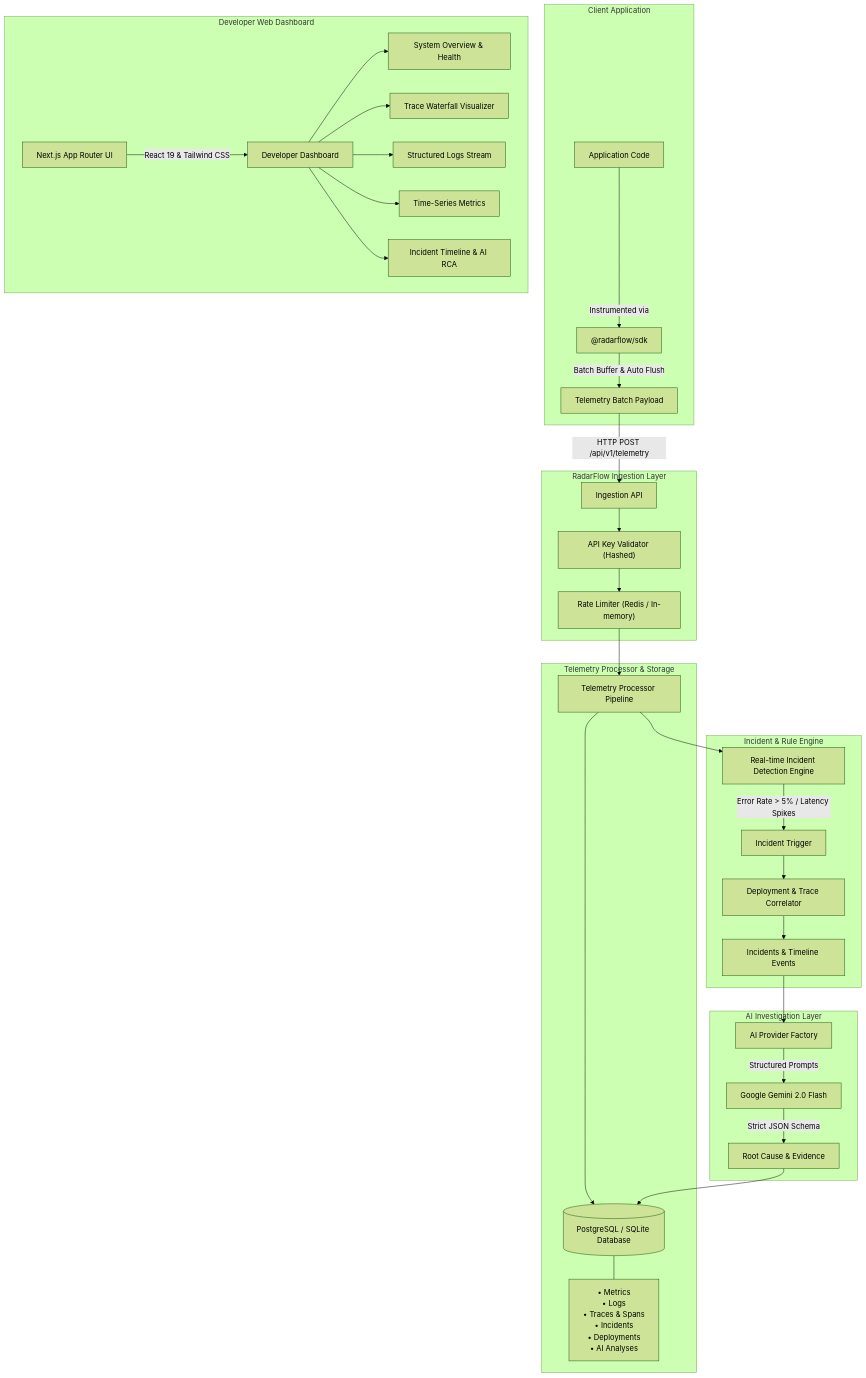
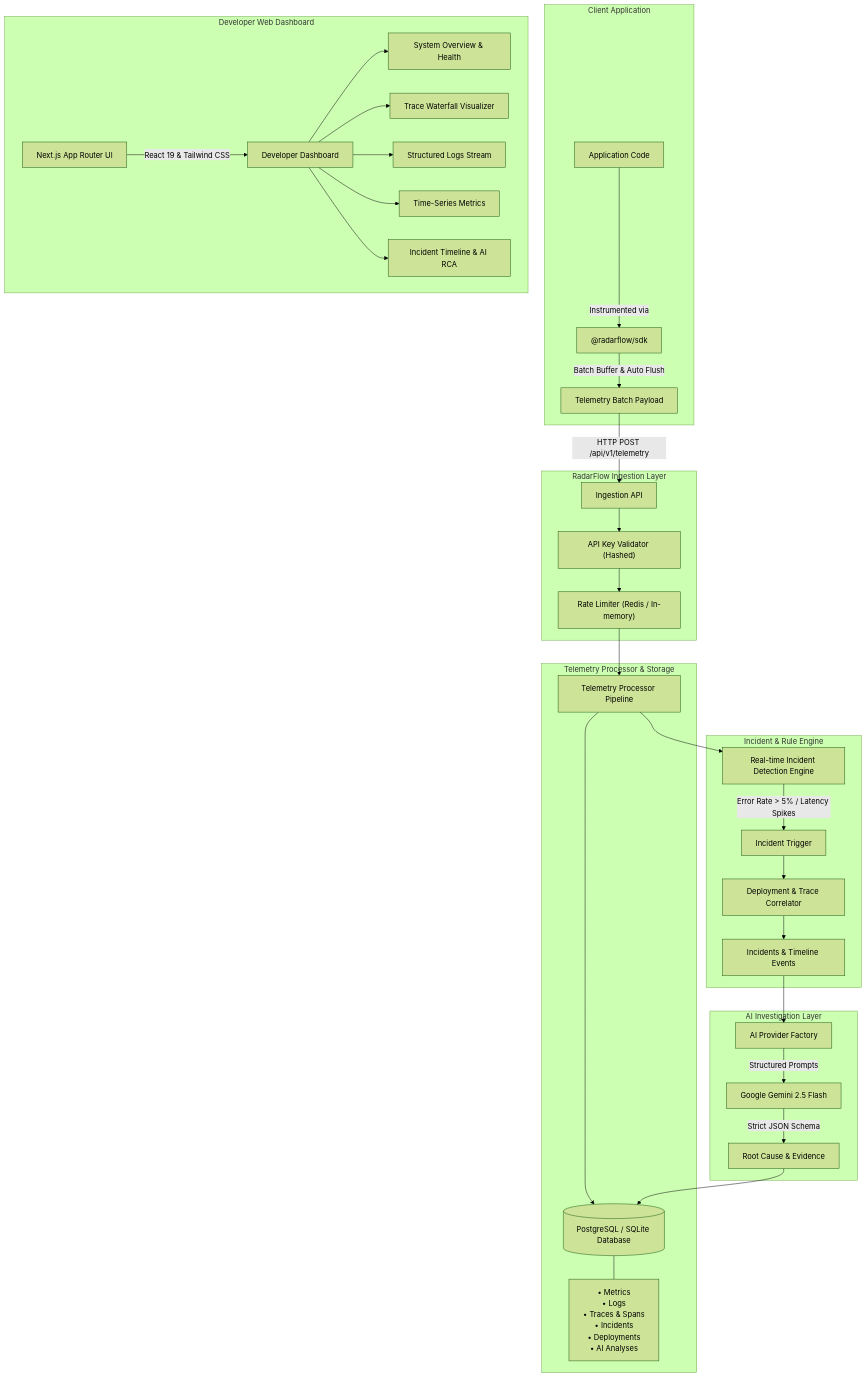
The diagram in docs/architecture.md (Mohammad-Shoeb-Faizan/RadarFlow), drawn with Mermaid (forest theme) before and after one commit. The commit also changed 4 other files, not shown here.

````diff
--- a/docs/architecture.md
+++ b/docs/architecture.md
@@ -5,42 +5,42 @@
 ```mermaid
 flowchart TD
     subgraph Client Application
         AppCode[Application Code] -->|Instrumented via| SDK["@radarflow/sdk"]
         SDK -->|Batch Buffer & Auto Flush| OTLP[Telemetry Batch Payload]
     end
 
     subgraph RadarFlow Ingestion Layer
         OTLP -->|HTTP POST /api/v1/telemetry| IngestAPI["Ingestion API"]
         IngestAPI --> AuthValidator["API Key Validator (Hashed)"]
         AuthValidator --> RateLimiter["Rate Limiter (Redis / In-memory)"]
     end
 
     subgraph Telemetry Processor & Storage
         RateLimiter --> Processor["Telemetry Processor Pipeline"]
         Processor --> DB[(PostgreSQL / SQLite Database)]
         DB --- Tables["• Metrics\n• Logs\n• Traces & Spans\n• Incidents\n• Deployments\n• AI Analyses"]
     end
 
     subgraph Incident & Rule Engine
         Processor --> RuleEngine["Real-time Incident Detection Engine"]
         RuleEngine -->|Error Rate > 5% / Latency Spikes| IncidentTrigger["Incident Trigger"]
         IncidentTrigger --> Correlator["Deployment & Trace Correlator"]
         Correlator --> IncidentDB["Incidents & Timeline Events"]
     end
 
     subgraph AI Investigation Layer
         IncidentDB --> AIProviderFactory["AI Provider Factory"]
-        AIProviderFactory -->|Structured Prompts| Gemini["Google Gemini 2.0 Flash"]
+        AIProviderFactory -->|Structured Prompts| Gemini["Google Gemini 2.5 Flash"]
         Gemini -->|Strict JSON Schema| StructuredAnalysis["Root Cause & Evidence"]
         StructuredAnalysis --> DB
     end
 
     subgraph Developer Web Dashboard
         NextApp["Next.js App Router UI"] -->|React 19 & Tailwind CSS| Dashboard["Developer Dashboard"]
         Dashboard --> Overview["System Overview & Health"]
         Dashboard --> TraceWaterfall["Trace Waterfall Visualizer"]
         Dashboard --> LogExplorer["Structured Logs Stream"]
         Dashboard --> MetricsExplorer["Time-Series Metrics"]
         Dashboard --> IncidentView["Incident Timeline & AI RCA"]
     end
 ```
````
